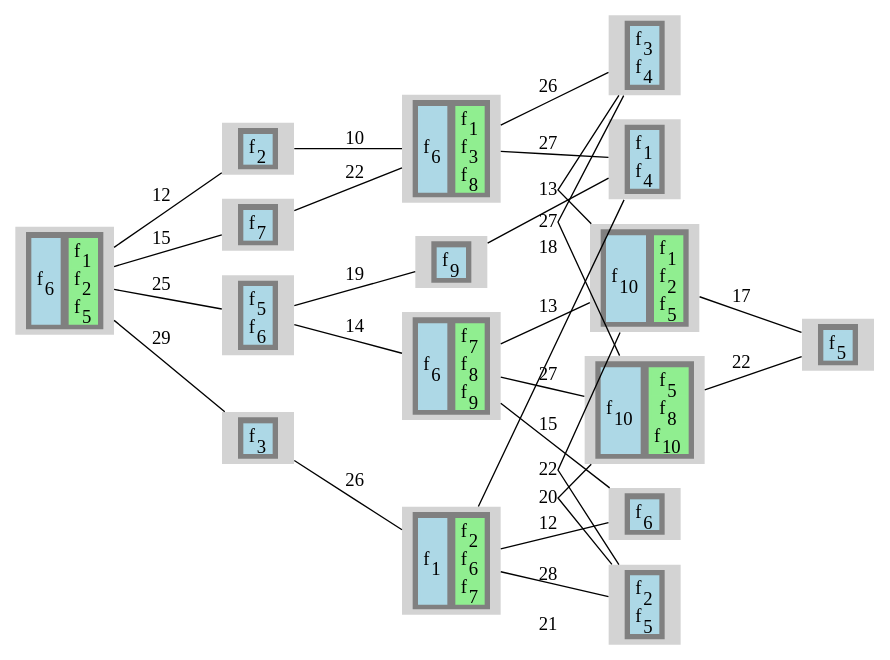
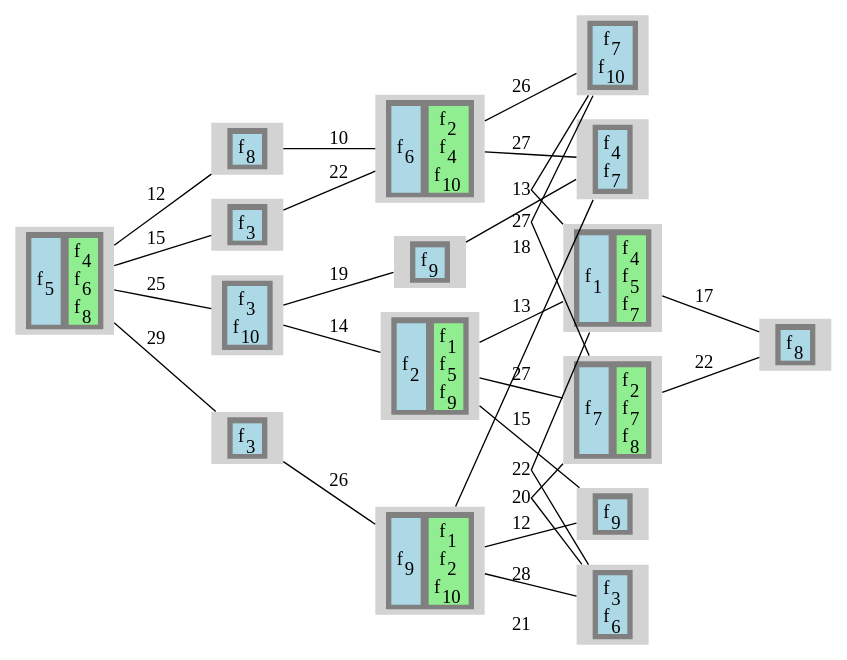
Before and after one commit to prateekshyap/SFC_Placement_in_VNF: the diagram in output/sevenReliabilityOne/gv/graphPrint.gv, drawn with Graphviz. The commit also changed 80 other files, not shown here.

```diff
--- a/output/sevenReliabilityOne/gv/graphPrint.gv
+++ b/output/sevenReliabilityOne/gv/graphPrint.gv
@@ -14,14 +14,14 @@
 <TR>
 <TD>
 <TABLE BORDER="0" BGCOLOR="lightblue">
-<TR><TD PORT="f23" BGCOLOR="lightblue">f<SUB>6</SUB></TD></TR>
+<TR><TD PORT="f17" BGCOLOR="lightblue">f<SUB>5</SUB></TD></TR>
 </TABLE>
 </TD>
 <TD>
 <TABLE BORDER="0" BGCOLOR="lightgreen">
-<TR><TD PORT="f5" BGCOLOR="lightgreen">f<SUB>1</SUB></TD></TR>
-<TR><TD PORT="f6" BGCOLOR="lightgreen">f<SUB>2</SUB></TD></TR>
-<TR><TD PORT="f21" BGCOLOR="lightgreen">f<SUB>5</SUB></TD></TR>
+<TR><TD PORT="f15" BGCOLOR="lightgreen">f<SUB>4</SUB></TD></TR>
+<TR><TD PORT="f21" BGCOLOR="lightgreen">f<SUB>6</SUB></TD></TR>
+<TR><TD PORT="f27" BGCOLOR="lightgreen">f<SUB>8</SUB></TD></TR>
 </TABLE>
 </TD>
 </TR>
@@ -33,7 +33,7 @@
 <TR>
 <TD>
 <TABLE BORDER="0" BGCOLOR="lightblue">
-<TR><TD PORT="f10" BGCOLOR="lightblue">f<SUB>2</SUB></TD></TR>
+<TR><TD PORT="f28" BGCOLOR="lightblue">f<SUB>8</SUB></TD></TR>
 </TABLE>
 </TD>
 </TR>
@@ -45,7 +45,7 @@
 <TR>
 <TD>
 <TABLE BORDER="0" BGCOLOR="lightblue">
-<TR><TD PORT="f13" BGCOLOR="lightblue">f<SUB>3</SUB></TD></TR>
+<TR><TD PORT="f10" BGCOLOR="lightblue">f<SUB>3</SUB></TD></TR>
 </TABLE>
 </TD>
 </TR>
@@ -57,8 +57,8 @@
 <TR>
 <TD>
 <TABLE BORDER="0" BGCOLOR="lightblue">
-<TR><TD PORT="f16" BGCOLOR="lightblue">f<SUB>5</SUB></TD></TR>
-<TR><TD PORT="f26" BGCOLOR="lightblue">f<SUB>6</SUB></TD></TR>
+<TR><TD PORT="f8" BGCOLOR="lightblue">f<SUB>3</SUB></TD></TR>
+<TR><TD PORT="f38" BGCOLOR="lightblue">f<SUB>10</SUB></TD></TR>
 </TABLE>
 </TD>
 </TR>
@@ -70,7 +70,7 @@
 <TR>
 <TD>
 <TABLE BORDER="0" BGCOLOR="lightblue">
-<TR><TD PORT="f28" BGCOLOR="lightblue">f<SUB>7</SUB></TD></TR>
+<TR><TD PORT="f11" BGCOLOR="lightblue">f<SUB>3</SUB></TD></TR>
 </TABLE>
 </TD>
 </TR>
@@ -82,14 +82,14 @@
 <TR>
 <TD>
 <TABLE BORDER="0" BGCOLOR="lightblue">
-<TR><TD PORT="f22" BGCOLOR="lightblue">f<SUB>6</SUB></TD></TR>
+<TR><TD PORT="f19" BGCOLOR="lightblue">f<SUB>6</SUB></TD></TR>
 </TABLE>
 </TD>
 <TD>
 <TABLE BORDER="0" BGCOLOR="lightgreen">
-<TR><TD PORT="f1" BGCOLOR="lightgreen">f<SUB>1</SUB></TD></TR>
-<TR><TD PORT="f11" BGCOLOR="lightgreen">f<SUB>3</SUB></TD></TR>
-<TR><TD PORT="f31" BGCOLOR="lightgreen">f<SUB>8</SUB></TD></TR>
+<TR><TD PORT="f4" BGCOLOR="lightgreen">f<SUB>2</SUB></TD></TR>
+<TR><TD PORT="f13" BGCOLOR="lightgreen">f<SUB>4</SUB></TD></TR>
+<TR><TD PORT="f37" BGCOLOR="lightgreen">f<SUB>10</SUB></TD></TR>
 </TABLE>
 </TD>
 </TR>
@@ -101,14 +101,14 @@
 <TR>
 <TD>
 <TABLE BORDER="0" BGCOLOR="lightblue">
-<TR><TD PORT="f2" BGCOLOR="lightblue">f<SUB>1</SUB></TD></TR>
+<TR><TD PORT="f32" BGCOLOR="lightblue">f<SUB>9</SUB></TD></TR>
 </TABLE>
 </TD>
 <TD>
 <TABLE BORDER="0" BGCOLOR="lightgreen">
-<TR><TD PORT="f9" BGCOLOR="lightgreen">f<SUB>2</SUB></TD></TR>
-<TR><TD PORT="f27" BGCOLOR="lightgreen">f<SUB>6</SUB></TD></TR>
-<TR><TD PORT="f29" BGCOLOR="lightgreen">f<SUB>7</SUB></TD></TR>
+<TR><TD PORT="f2" BGCOLOR="lightgreen">f<SUB>1</SUB></TD></TR>
+<TR><TD PORT="f6" BGCOLOR="lightgreen">f<SUB>2</SUB></TD></TR>
+<TR><TD PORT="f36" BGCOLOR="lightgreen">f<SUB>10</SUB></TD></TR>
 </TABLE>
 </TD>
 </TR>
@@ -120,7 +120,7 @@
 <TR>
 <TD>
 <TABLE BORDER="0" BGCOLOR="lightblue">
-<TR><TD PORT="f35" BGCOLOR="lightblue">f<SUB>9</SUB></TD></TR>
+<TR><TD PORT="f31" BGCOLOR="lightblue">f<SUB>9</SUB></TD></TR>
 </TABLE>
 </TD>
 </TR>
@@ -132,14 +132,14 @@
 <TR>
 <TD>
 <TABLE BORDER="0" BGCOLOR="lightblue">
-<TR><TD PORT="f24" BGCOLOR="lightblue">f<SUB>6</SUB></TD></TR>
+<TR><TD PORT="f5" BGCOLOR="lightblue">f<SUB>2</SUB></TD></TR>
 </TABLE>
 </TD>
 <TD>
 <TABLE BORDER="0" BGCOLOR="lightgreen">
-<TR><TD PORT="f30" BGCOLOR="lightgreen">f<SUB>7</SUB></TD></TR>
-<TR><TD PORT="f33" BGCOLOR="lightgreen">f<SUB>8</SUB></TD></TR>
-<TR><TD PORT="f34" BGCOLOR="lightgreen">f<SUB>9</SUB></TD></TR>
+<TR><TD PORT="f3" BGCOLOR="lightgreen">f<SUB>1</SUB></TD></TR>
+<TR><TD PORT="f18" BGCOLOR="lightgreen">f<SUB>5</SUB></TD></TR>
+<TR><TD PORT="f33" BGCOLOR="lightgreen">f<SUB>9</SUB></TD></TR>
 </TABLE>
 </TD>
 </TR>
@@ -151,8 +151,8 @@
 <TR>
 <TD>
 <TABLE BORDER="0" BGCOLOR="lightblue">
-<TR><TD PORT="f4" BGCOLOR="lightblue">f<SUB>1</SUB></TD></TR>
-<TR><TD PORT="f15" BGCOLOR="lightblue">f<SUB>4</SUB></TD></TR>
+<TR><TD PORT="f14" BGCOLOR="lightblue">f<SUB>4</SUB></TD></TR>
+<TR><TD PORT="f24" BGCOLOR="lightblue">f<SUB>7</SUB></TD></TR>
 </TABLE>
 </TD>
 </TR>
@@ -164,8 +164,8 @@
 <TR>
 <TD>
 <TABLE BORDER="0" BGCOLOR="lightblue">
-<TR><TD PORT="f12" BGCOLOR="lightblue">f<SUB>3</SUB></TD></TR>
-<TR><TD PORT="f14" BGCOLOR="lightblue">f<SUB>4</SUB></TD></TR>
+<TR><TD PORT="f25" BGCOLOR="lightblue">f<SUB>7</SUB></TD></TR>
+<TR><TD PORT="f35" BGCOLOR="lightblue">f<SUB>10</SUB></TD></TR>
 </TABLE>
 </TD>
 </TR>
@@ -177,7 +177,7 @@
 <TR>
 <TD>
 <TABLE BORDER="0" BGCOLOR="lightblue">
-<TR><TD PORT="f25" BGCOLOR="lightblue">f<SUB>6</SUB></TD></TR>
+<TR><TD PORT="f34" BGCOLOR="lightblue">f<SUB>9</SUB></TD></TR>
 </TABLE>
 </TD>
 </TR>
@@ -189,8 +189,8 @@
 <TR>
 <TD>
 <TABLE BORDER="0" BGCOLOR="lightblue">
-<TR><TD PORT="f7" BGCOLOR="lightblue">f<SUB>2</SUB></TD></TR>
-<TR><TD PORT="f17" BGCOLOR="lightblue">f<SUB>5</SUB></TD></TR>
+<TR><TD PORT="f9" BGCOLOR="lightblue">f<SUB>3</SUB></TD></TR>
+<TR><TD PORT="f20" BGCOLOR="lightblue">f<SUB>6</SUB></TD></TR>
 </TABLE>
 </TD>
 </TR>
@@ -202,14 +202,14 @@
 <TR>
 <TD>
 <TABLE BORDER="0" BGCOLOR="lightblue">
-<TR><TD PORT="f38" BGCOLOR="lightblue">f<SUB>10</SUB></TD></TR>
+<TR><TD PORT="f1" BGCOLOR="lightblue">f<SUB>1</SUB></TD></TR>
 </TABLE>
 </TD>
 <TD>
 <TABLE BORDER="0" BGCOLOR="lightgreen">
-<TR><TD PORT="f3" BGCOLOR="lightgreen">f<SUB>1</SUB></TD></TR>
-<TR><TD PORT="f8" BGCOLOR="lightgreen">f<SUB>2</SUB></TD></TR>
-<TR><TD PORT="f20" BGCOLOR="lightgreen">f<SUB>5</SUB></TD></TR>
+<TR><TD PORT="f12" BGCOLOR="lightgreen">f<SUB>4</SUB></TD></TR>
+<TR><TD PORT="f16" BGCOLOR="lightgreen">f<SUB>5</SUB></TD></TR>
+<TR><TD PORT="f23" BGCOLOR="lightgreen">f<SUB>7</SUB></TD></TR>
 </TABLE>
 </TD>
 </TR>
@@ -221,14 +221,14 @@
 <TR>
 <TD>
 <TABLE BORDER="0" BGCOLOR="lightblue">
-<TR><TD PORT="f37" BGCOLOR="lightblue">f<SUB>10</SUB></TD></TR>
+<TR><TD PORT="f22" BGCOLOR="lightblue">f<SUB>7</SUB></TD></TR>
 </TABLE>
 </TD>
 <TD>
 <TABLE BORDER="0" BGCOLOR="lightgreen">
-<TR><TD PORT="f19" BGCOLOR="lightgreen">f<SUB>5</SUB></TD></TR>
-<TR><TD PORT="f32" BGCOLOR="lightgreen">f<SUB>8</SUB></TD></TR>
-<TR><TD PORT="f36" BGCOLOR="lightgreen">f<SUB>10</SUB></TD></TR>
+<TR><TD PORT="f7" BGCOLOR="lightgreen">f<SUB>2</SUB></TD></TR>
+<TR><TD PORT="f26" BGCOLOR="lightgreen">f<SUB>7</SUB></TD></TR>
+<TR><TD PORT="f29" BGCOLOR="lightgreen">f<SUB>8</SUB></TD></TR>
 </TABLE>
 </TD>
 </TR>
@@ -240,7 +240,7 @@
 <TR>
 <TD>
 <TABLE BORDER="0" BGCOLOR="lightblue">
-<TR><TD PORT="f18" BGCOLOR="lightblue">f<SUB>5</SUB></TD></TR>
+<TR><TD PORT="f30" BGCOLOR="lightblue">f<SUB>8</SUB></TD></TR>
 </TABLE>
 </TD>
 </TR>
```
